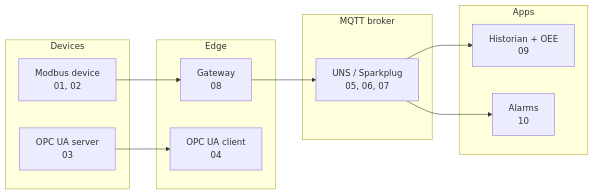
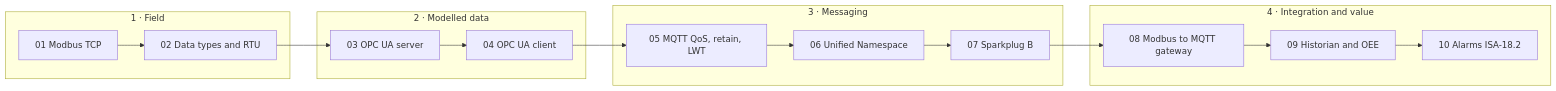
One commit to MatheusEduGarcia/iiot-protocols-examples changed the diagram in README.md. Above: the diagram before and after it, drawn with Mermaid. The commit also changed other lines of this file and 19 other files, not shown here.

````diff
--- a/README.md
+++ b/README.md
@@ -47,22 +30,18 @@
 ```mermaid
 flowchart LR
-    subgraph Devices
-      MB["Modbus device<br/>01, 02"]
-      UA["OPC UA server<br/>03"]
+    subgraph Field["1 · Field"]
+      L1["01 Modbus TCP"] --> L2["02 Data types and RTU"]
     end
-    subgraph Edge
-      GW["Gateway<br/>08"]
-      UAC["OPC UA client<br/>04"]
+    subgraph Model["2 · Modelled data"]
+      L3["03 OPC UA server"] --> L4["04 OPC UA client"]
     end
-    subgraph Broker["MQTT broker"]
-      UNS["UNS / Sparkplug<br/>05, 06, 07"]
+    subgraph Messaging["3 · Messaging"]
+      L5["05 MQTT QoS, retain, LWT"] --> L6["06 Unified Namespace"] --> L7["07 Sparkplug B"]
     end
-    subgraph Apps
-      H["Historian + OEE<br/>09"]
-      AL["Alarms<br/>10"]
+    subgraph Integration["4 · Integration and value"]
+      L8["08 Modbus to MQTT gateway"] --> L9["09 Historian and OEE"] --> L10["10 Alarms ISA-18.2"]
     end
-    MB --> GW --> UNS
-    UA --> UAC
-    UNS --> H
-    UNS --> AL
+    L2 --> L3
+    L4 --> L5
+    L7 --> L8
 ```
````
